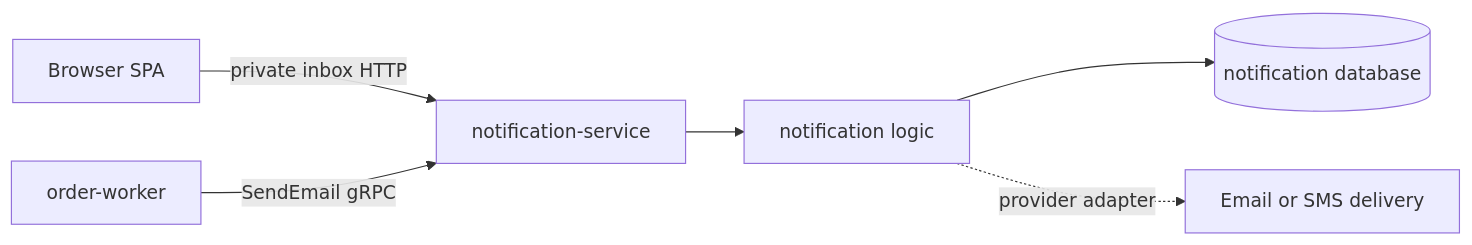
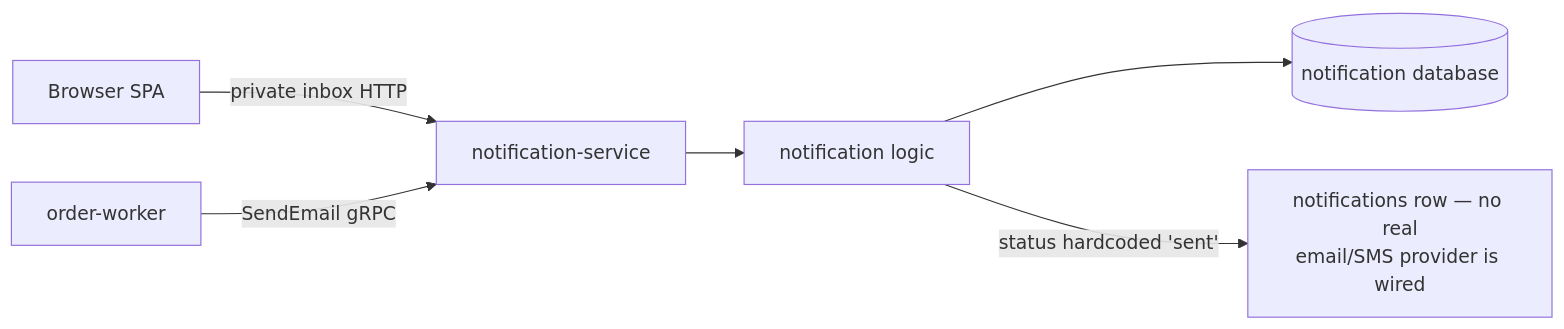
Before and after one commit to duynhlab/homelab: the diagram in docs/api/notification.md, drawn with Mermaid. The commit also changed other lines of this file and 7 other files, not shown here.

````diff
--- a/docs/api/notification.md
+++ b/docs/api/notification.md
@@ -21,8 +21,8 @@
 ```mermaid
 flowchart LR
     SPA[Browser SPA] -->|private inbox HTTP| Notification[notification-service]
     Worker[order-worker] -->|SendEmail gRPC| Notification
     Notification --> Logic[notification logic]
     Logic --> DB[(notification database)]
-    Logic -. provider adapter .-> Delivery[Email or SMS delivery]
+    Logic -->|status hardcoded 'sent'| DB2[notifications row — no real\nemail/SMS provider is wired]
 ```
````
